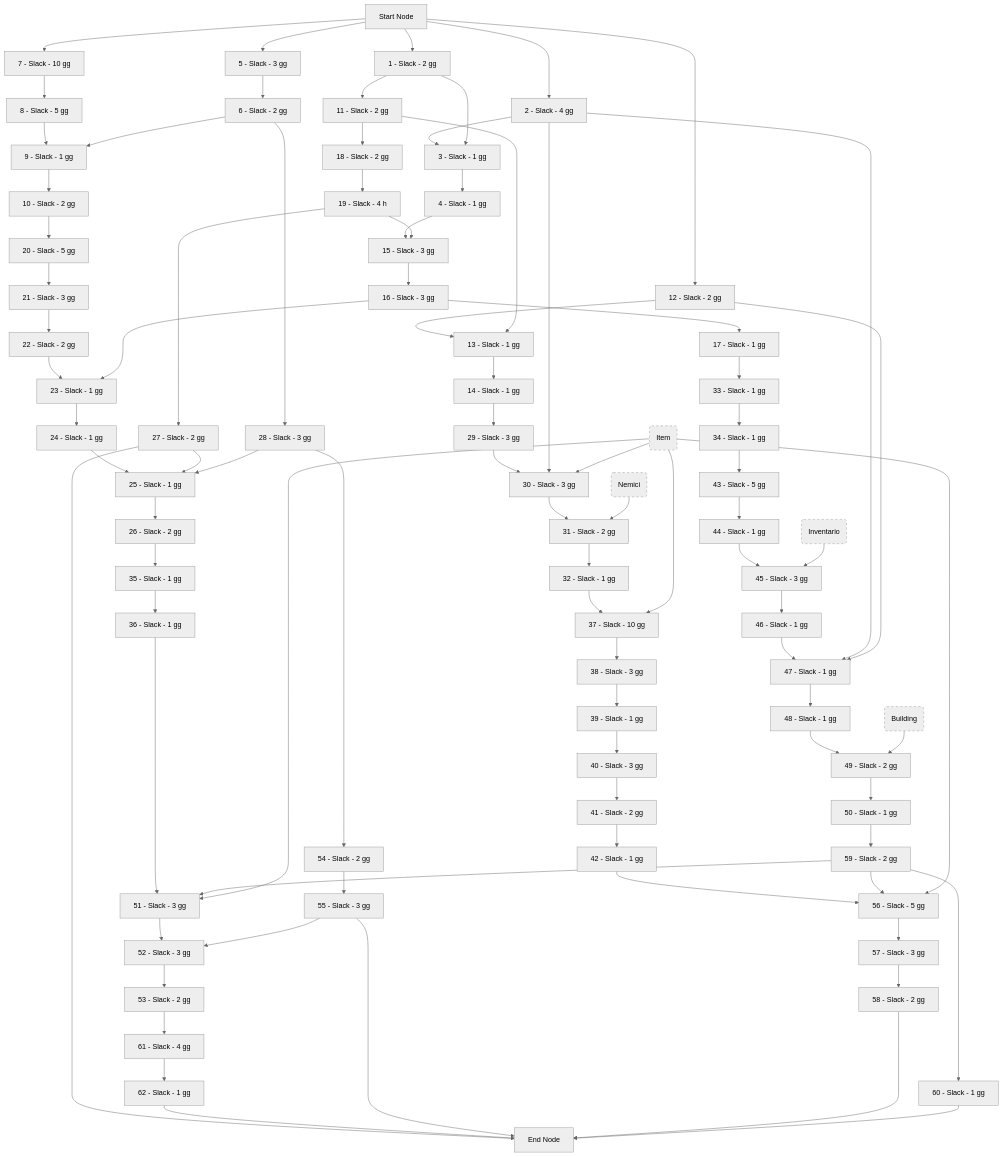
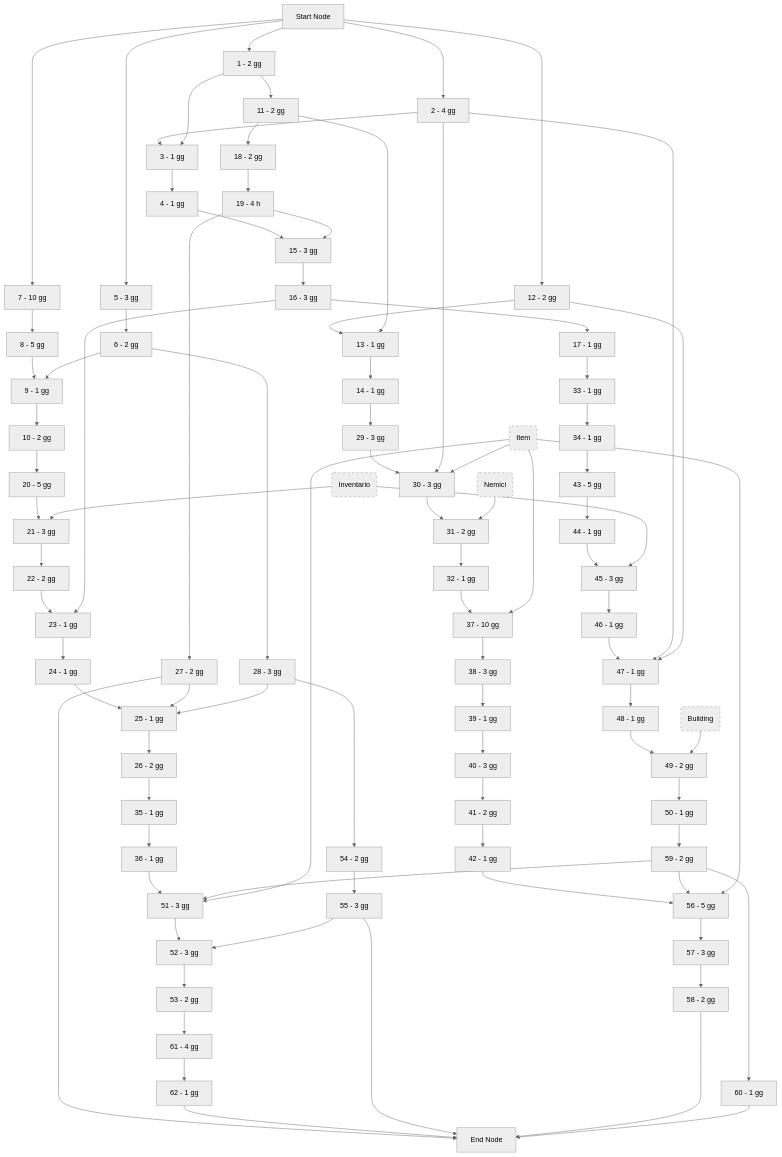
One commit to FilippoGurioli/super-chasm-hunter-pm changed the first of 3 diagrams in docs/appendices/planning/PND.md. Above: the diagram before and after it, drawn with Mermaid (neutral theme). The commit also changed other lines of this file, not shown here.

````diff
--- a/docs/appendices/planning/PND.md
+++ b/docs/appendices/planning/PND.md
@@ -93,68 +86,68 @@
 ```mermaid
 graph TD
 0[Start Node]
-1[1 - Slack - 2 gg]
-2[2 - Slack - 4 gg]
-3[3 - Slack - 1 gg]
-4[4 - Slack - 1 gg]
-5[5 - Slack - 3 gg]
-6[6 - Slack - 2 gg]
-7[7 - Slack - 10 gg]
-8[8 - Slack - 5 gg]
-9[9 - Slack - 1 gg]
-10[10 - Slack - 2 gg]
-11[11 - Slack - 2 gg]
-12[12 - Slack - 2 gg]
-13[13 - Slack - 1 gg]
-14[14 - Slack - 1 gg]
-15[15 - Slack - 3 gg]
-16[16 - Slack - 3 gg]
-17[17 - Slack - 1 gg]
-18[18 - Slack - 2 gg]
-19[19 - Slack - 4 h]
-20[20 - Slack - 5 gg]
-21[21 - Slack - 3 gg]
-22[22 - Slack - 2 gg]
-23[23 - Slack - 1 gg]
-24[24 - Slack - 1 gg]
-25[25 - Slack - 1 gg]
-26[26 - Slack - 2 gg]
-27[27 - Slack - 2 gg]
-28[28 - Slack - 3 gg]
-29[29 - Slack - 3 gg]
-30[30 - Slack - 3 gg]
-31[31 - Slack - 2 gg]
-32[32 - Slack - 1 gg]
-33[33 - Slack - 1 gg]
-34[34 - Slack - 1 gg]
-35[35 - Slack - 1 gg]
-36[36 - Slack - 1 gg]
-37[37 - Slack - 10 gg]
-38[38 - Slack - 3 gg]
-39[39 - Slack - 1 gg]
-40[40 - Slack - 3 gg]
-41[41 - Slack - 2 gg]
-42[42 - Slack - 1 gg]
-43[43 - Slack - 5 gg]
-44[44 - Slack - 1 gg]
-45[45 - Slack - 3 gg]
-46[46 - Slack - 1 gg]
-47[47 - Slack - 1 gg]
-48[48 - Slack - 1 gg]
-49[49 - Slack - 2 gg]
-50[50 - Slack - 1 gg]
-51[51 - Slack - 3 gg]
-52[52 - Slack - 3 gg]
-53[53 - Slack - 2 gg]
-54[54 - Slack - 2 gg]
-55[55 - Slack - 3 gg]
-56[56 - Slack - 5 gg]
-57[57 - Slack - 3 gg]
-58[58 - Slack - 2 gg]
-59[59 - Slack - 2 gg]
-60[60 - Slack - 1 gg]
-61[61 - Slack - 4 gg]
-62[62 - Slack - 1 gg]
+1[1 - 2 gg]
+2[2 - 4 gg]
+3[3 - 1 gg]
+4[4 - 1 gg]
+5[5 - 3 gg]
+6[6 - 2 gg]
+7[7 - 10 gg]
+8[8 - 5 gg]
+9[9 - 1 gg]
+10[10 - 2 gg]
+11[11 - 2 gg]
+12[12 - 2 gg]
+13[13 - 1 gg]
+14[14 - 1 gg]
+15[15 - 3 gg]
+16[16 - 3 gg]
+17[17 - 1 gg]
+18[18 - 2 gg]
+19[19 - 4 h]
+20[20 - 5 gg]
+21[21 - 3 gg]
+22[22 - 2 gg]
+23[23 - 1 gg]
+24[24 - 1 gg]
+25[25 - 1 gg]
+26[26 - 2 gg]
+27[27 - 2 gg]
+28[28 - 3 gg]
+29[29 - 3 gg]
+30[30 - 3 gg]
+31[31 - 2 gg]
+32[32 - 1 gg]
+33[33 - 1 gg]
+34[34 - 1 gg]
+35[35 - 1 gg]
+36[36 - 1 gg]
+37[37 - 10 gg]
+38[38 - 3 gg]
+39[39 - 1 gg]
+40[40 - 3 gg]
+41[41 - 2 gg]
+42[42 - 1 gg]
+43[43 - 5 gg]
+44[44 - 1 gg]
+45[45 - 3 gg]
+46[46 - 1 gg]
+47[47 - 1 gg]
+48[48 - 1 gg]
+49[49 - 2 gg]
+50[50 - 1 gg]
+51[51 - 3 gg]
+52[52 - 3 gg]
+53[53 - 2 gg]
+54[54 - 2 gg]
+55[55 - 3 gg]
+56[56 - 5 gg]
+57[57 - 3 gg]
+58[58 - 2 gg]
+59[59 - 2 gg]
+60[60 - 1 gg]
+61[61 - 4 gg]
+62[62 - 1 gg]
 End[End Node]
 
 Item(Item)
@@ -190,6 +183,7 @@
 59 --> 56
 Nemici --> 31
 Inventario --> 45
+Inventario --> 21
 Building --> 49
 Item --> 30
 Item --> 37
````
